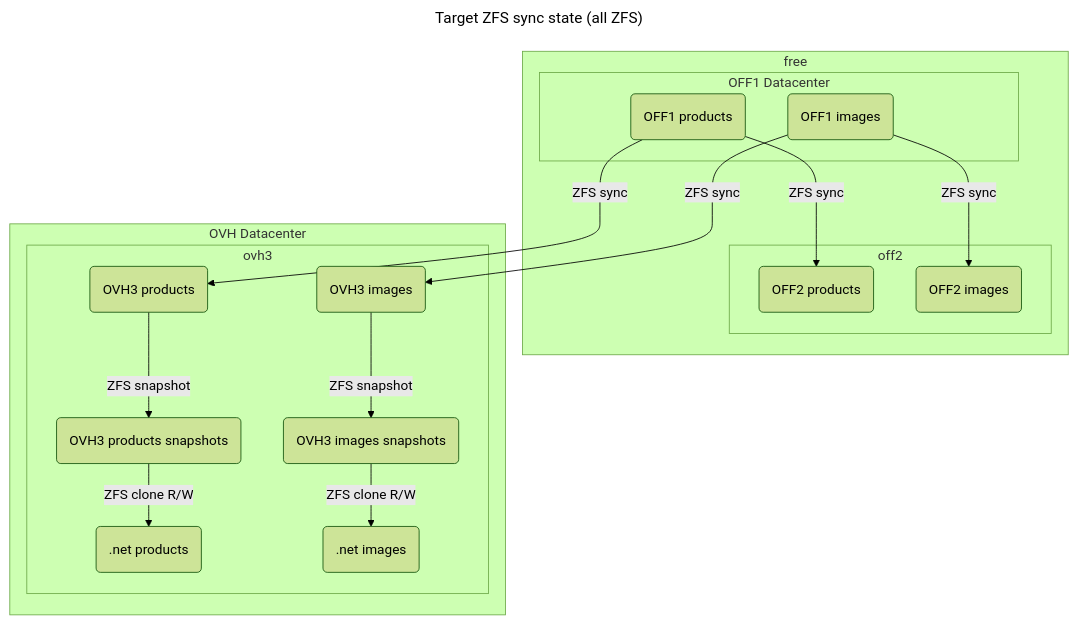
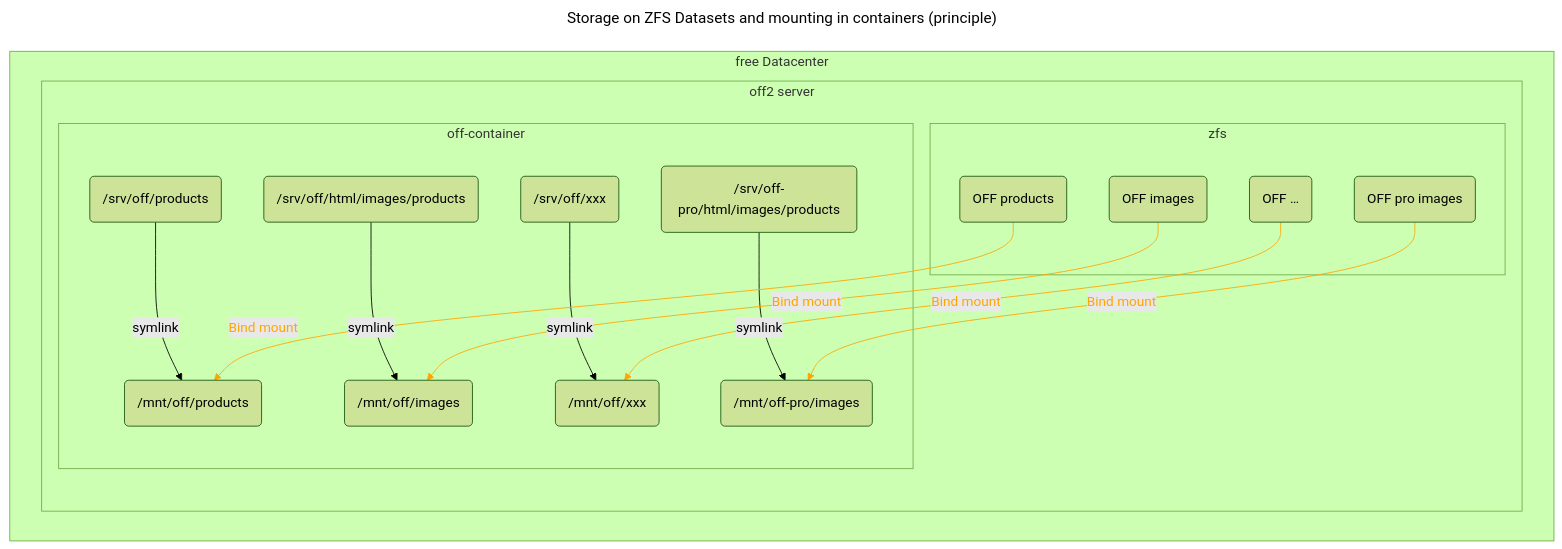
One commit to openfoodfacts/openfoodfacts-infrastructure changed the first of 2 diagrams in docs/prod-architecture.md. Above: the diagram before and after it, drawn with Mermaid (forest theme). The commit also changed other lines of this file and 60 other files, not shown here.

First line of the commit message:
chore: [WIP] Moving off and off-pro to off2 (#243)

````diff
--- a/docs/prod-architecture.md
+++ b/docs/prod-architecture.md
@@ -104,27 +149,27 @@
 ```mermaid
 ---
-title: Target ZFS sync state (all ZFS)
+title: Storage on ZFS Datasets and mounting in containers (principle)
 ---
 flowchart TD
-    subgraph free
-        subgraph OFF1 Datacenter
-            OFF1products(OFF1 products)
-            OFF1images(OFF1 images)
-        end
-        subgraph off2
-            OFF1products -->|ZFS sync| OFF2products(OFF2 products)
-            OFF1images(OFF1 images) --> |ZFS sync| OFF2images(OFF2 images)
-        end
-    end
-    subgraph OVH Datacenter
-        subgraph ovh3
-            OFF1products -->|ZFS sync| OVH3products(OVH3 products)
-            OFF1images(OFF1 images) -->|ZFS sync| OVH3images(OVH3 images)
-            OVH3products -->|ZFS snapshot| OVH3ProdSnapshots(OVH3 products snapshots)
-            OVH3ProdSnapshots -->|ZFS clone R/W| DotNETProdclone(.net products)
-
-            OVH3images -->|ZFS snapshot| OVH3ImgSnapshots(OVH3 images snapshots)
-            OVH3ImgSnapshots -->|ZFS clone  R/W| DotNETIMGclone(.net images)
+    subgraph free Datacenter
+        subgraph off2 server
+            subgraph off-container
+                srv-off-products(/srv/off/products) --> |symlink| mnt-off-products
+                srv-off-images(/srv/off/html/images/products) --> |symlink| mnt-off-images
+                srv-off-other(/srv/off/xxx) --> |symlink| mnt-off-other
+                srv-off-pro-images(/srv/off-pro/html/images/products) --> |symlink| mnt-off-pro-images
+            end
+            subgraph zfs
+                OFF2products(OFF products)
+                OFF2images(OFF images)
+                OFF2other(OFF …)
+                OFF2ProImages(OFF pro images)
+                OFF2products --> |Bind mount| mnt-off-products(/mnt/off/products)
+                OFF2images --> |Bind mount| mnt-off-images(/mnt/off/images)
+                OFF2other  --> |Bind mount| mnt-off-other(/mnt/off/xxx)
+                OFF2ProImages --> |Bind mount| mnt-off-pro-images(/mnt/off-pro/images)
+                linkStyle 4,5,6,7 color:orange,stroke:orange;
+            end
         end
     end
 ```
````
